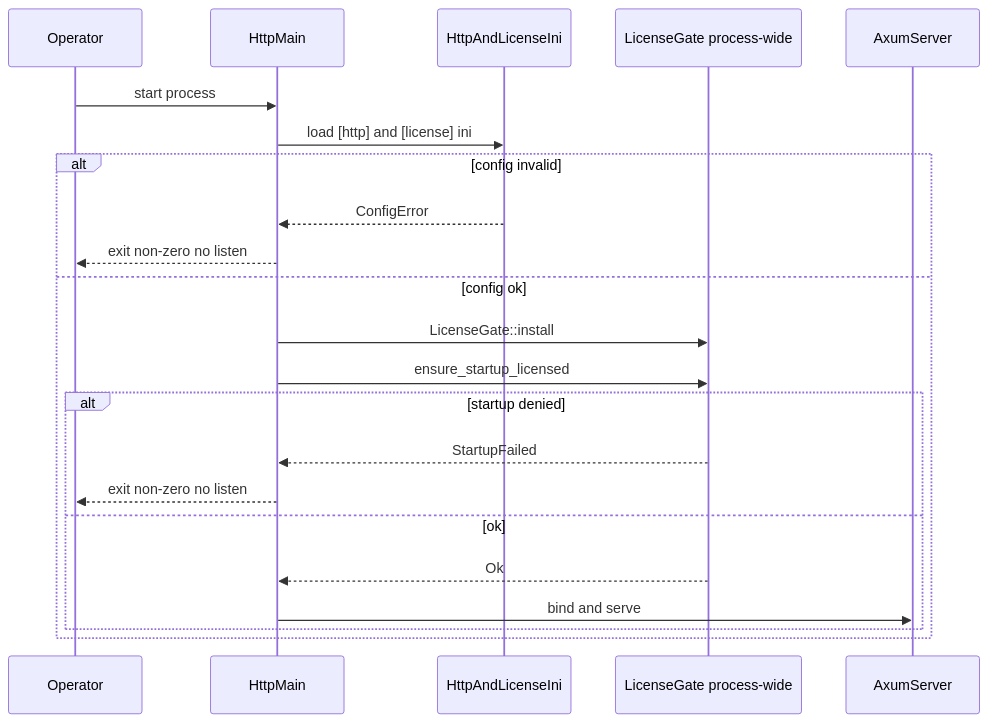
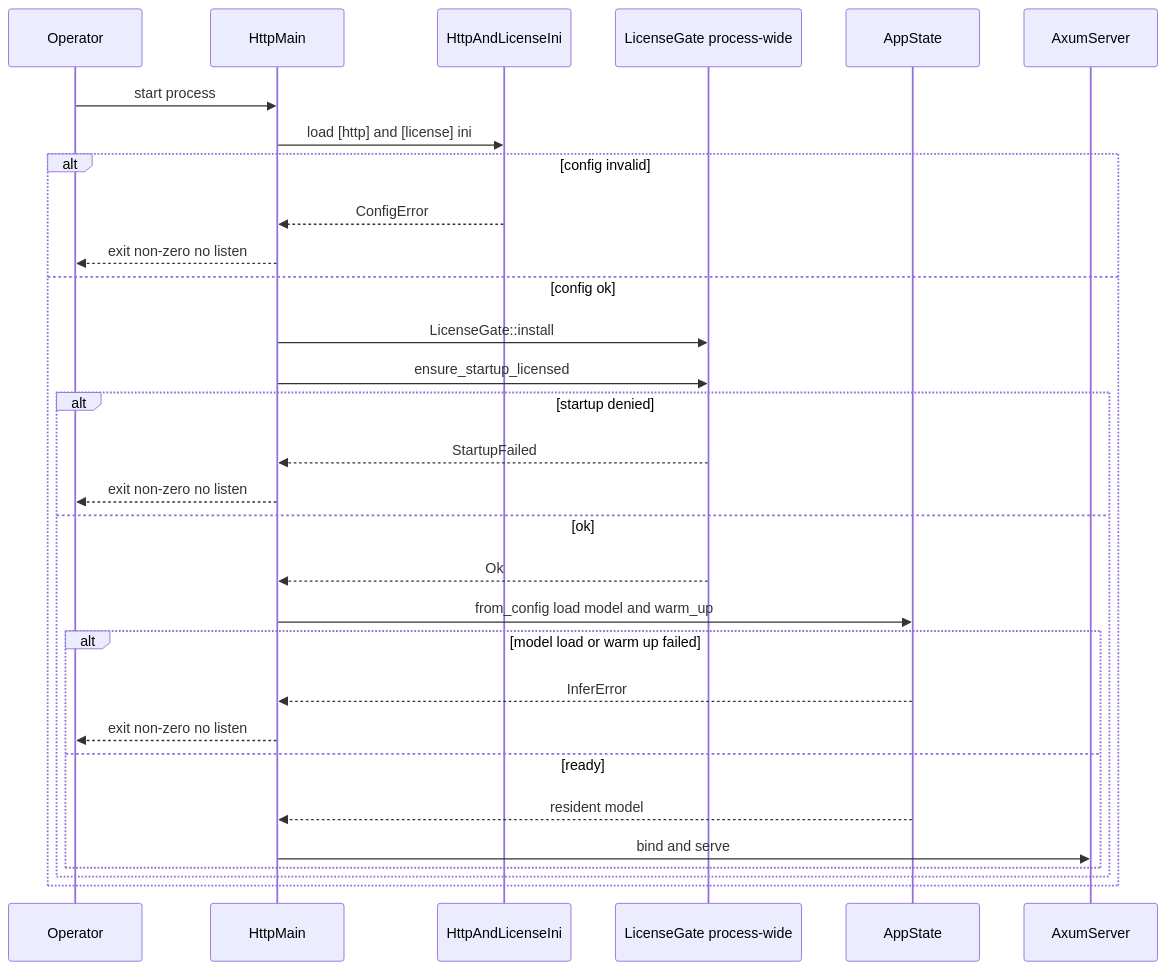
One commit to Universal-Micro-Networks/holter-analysis-assist changed the second of 3 diagrams in .kiro/specs/http-api/design.md. Above: the diagram before and after it, drawn with Mermaid. The commit also changed other lines of this file and 21 other files, not shown here.

````diff
--- a/.kiro/specs/http-api/design.md
+++ b/.kiro/specs/http-api/design.md
@@ -155,25 +170,33 @@
 ```mermaid
 sequenceDiagram
   participant Op as Operator
   participant Main as HttpMain
   participant Cfg as HttpAndLicenseIni
   participant Gate as LicenseGate process-wide
+  participant St as AppState
   participant Srv as AxumServer
 
   Op->>Main: start process
   Main->>Cfg: load [http] and [license] ini
   alt config invalid
     Cfg-->>Main: ConfigError
     Main-->>Op: exit non-zero no listen
   else config ok
     Main->>Gate: LicenseGate::install
     Main->>Gate: ensure_startup_licensed
     alt startup denied
       Gate-->>Main: StartupFailed
       Main-->>Op: exit non-zero no listen
     else ok
       Gate-->>Main: Ok
-      Main->>Srv: bind and serve
+      Main->>St: from_config load model and warm_up
+      alt model load or warm up failed
+        St-->>Main: InferError
+        Main-->>Op: exit non-zero no listen
+      else ready
+        St-->>Main: resident model
+        Main->>Srv: bind and serve
+      end
     end
   end
 ```
````
